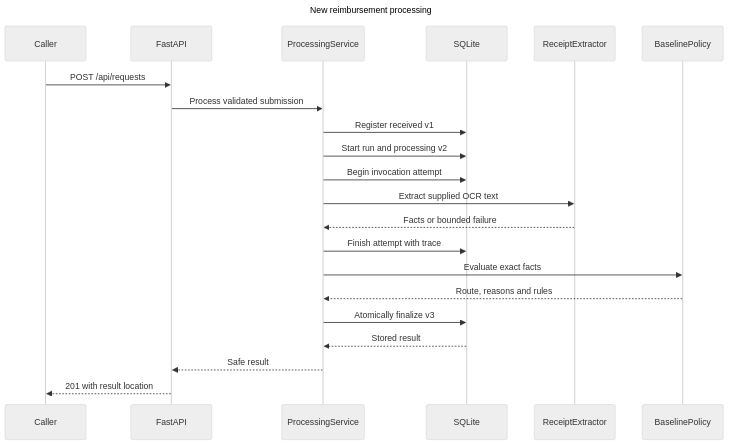
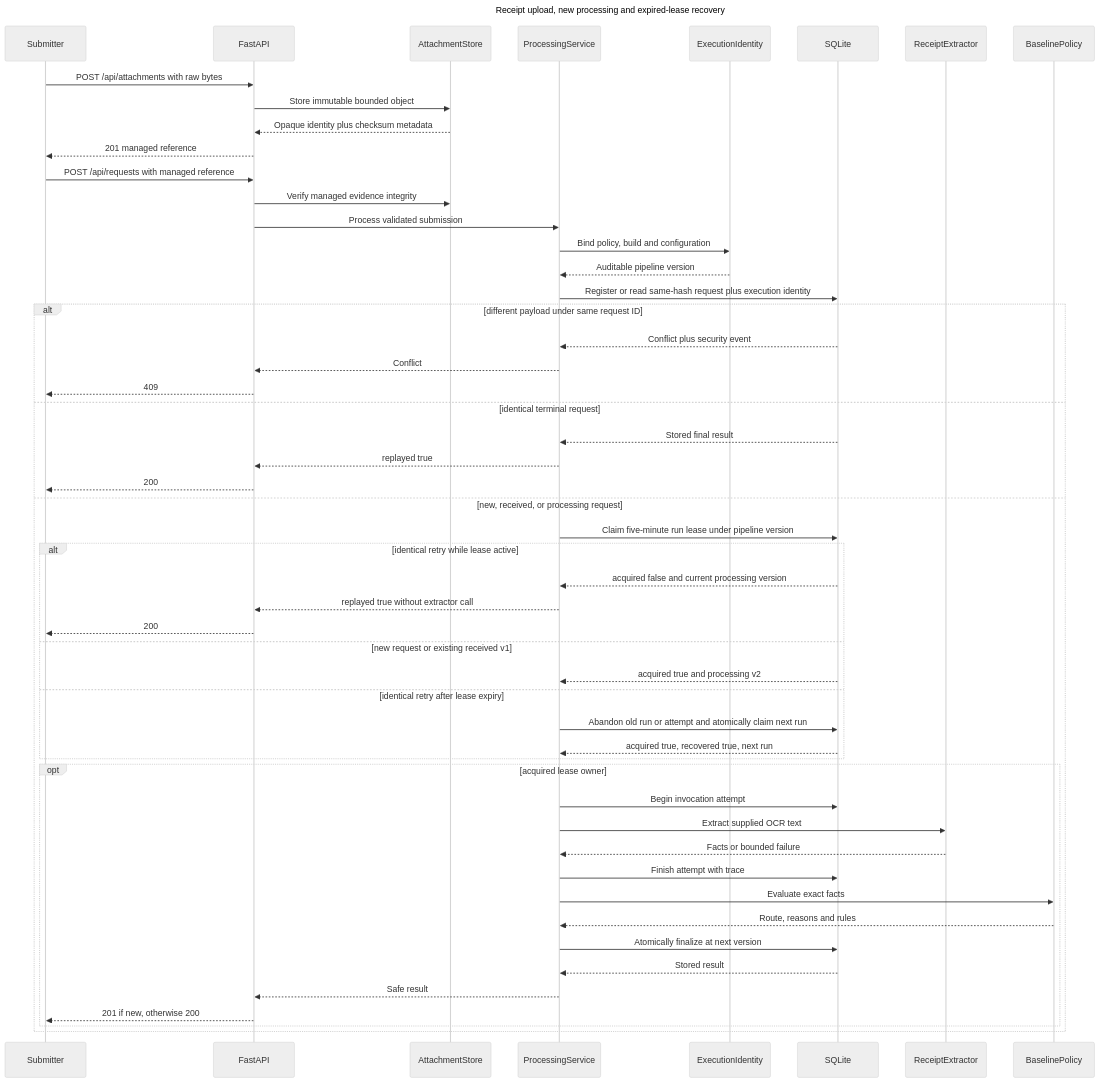
One commit to Dev-Luigy/automation_luigygabriel changed the fourth of 8 diagrams in docs/diagrams.md. Above: the diagram before and after it, drawn with Mermaid (neutral theme). The commit also changed other lines of this file and 10 other files, not shown here.

Commit message:
docs: align architecture and traceability model

````diff
--- a/docs/diagrams.md
+++ b/docs/diagrams.md
@@ -189,25 +266,56 @@
 ```mermaid
 sequenceDiagram
-    title New reimbursement processing
-    participant Caller
+    title Receipt upload, new processing and expired-lease recovery
+    participant Submitter
     participant FastAPI
+    participant AttachmentStore
     participant ProcessingService
+    participant ExecutionIdentity
     participant SQLite
     participant ReceiptExtractor
     participant BaselinePolicy
 
-    Caller->>FastAPI: POST /api/requests
+    Submitter->>FastAPI: POST /api/attachments with raw bytes
+    FastAPI->>AttachmentStore: Store immutable bounded object
+    AttachmentStore-->>FastAPI: Opaque identity plus checksum metadata
+    FastAPI-->>Submitter: 201 managed reference
+    Submitter->>FastAPI: POST /api/requests with managed reference
+    FastAPI->>AttachmentStore: Verify managed evidence integrity
     FastAPI->>ProcessingService: Process validated submission
-    ProcessingService->>SQLite: Register received v1
-    ProcessingService->>SQLite: Start run and processing v2
-    ProcessingService->>SQLite: Begin invocation attempt
-    ProcessingService->>ReceiptExtractor: Extract supplied OCR text
-    ReceiptExtractor-->>ProcessingService: Facts or bounded failure
-    ProcessingService->>SQLite: Finish attempt with trace
-    ProcessingService->>BaselinePolicy: Evaluate exact facts
-    BaselinePolicy-->>ProcessingService: Route, reasons and rules
-    ProcessingService->>SQLite: Atomically finalize v3
-    SQLite-->>ProcessingService: Stored result
-    ProcessingService-->>FastAPI: Safe result
-    FastAPI-->>Caller: 201 with result location
+    ProcessingService->>ExecutionIdentity: Bind policy, build and configuration
+    ExecutionIdentity-->>ProcessingService: Auditable pipeline version
+    ProcessingService->>SQLite: Register or read same-hash request plus execution identity
+    alt different payload under same request ID
+        SQLite-->>ProcessingService: Conflict plus security event
+        ProcessingService-->>FastAPI: Conflict
+        FastAPI-->>Submitter: 409
+    else identical terminal request
+        SQLite-->>ProcessingService: Stored final result
+        ProcessingService-->>FastAPI: replayed true
+        FastAPI-->>Submitter: 200
+    else new, received, or processing request
+        ProcessingService->>SQLite: Claim five-minute run lease under pipeline version
+        alt identical retry while lease active
+            SQLite-->>ProcessingService: acquired false and current processing version
+            ProcessingService-->>FastAPI: replayed true without extractor call
+            FastAPI-->>Submitter: 200
+        else new request or existing received v1
+            SQLite-->>ProcessingService: acquired true and processing v2
+        else identical retry after lease expiry
+            ProcessingService->>SQLite: Abandon old run or attempt and atomically claim next run
+            SQLite-->>ProcessingService: acquired true, recovered true, next run
+        end
+        opt acquired lease owner
+            ProcessingService->>SQLite: Begin invocation attempt
+            ProcessingService->>ReceiptExtractor: Extract supplied OCR text
+            ReceiptExtractor-->>ProcessingService: Facts or bounded failure
+            ProcessingService->>SQLite: Finish attempt with trace
+            ProcessingService->>BaselinePolicy: Evaluate exact facts
+            BaselinePolicy-->>ProcessingService: Route, reasons and rules
+            ProcessingService->>SQLite: Atomically finalize at next version
+            SQLite-->>ProcessingService: Stored result
+            ProcessingService-->>FastAPI: Safe result
+            FastAPI-->>Submitter: 201 if new, otherwise 200
+        end
+    end
 ```
````
